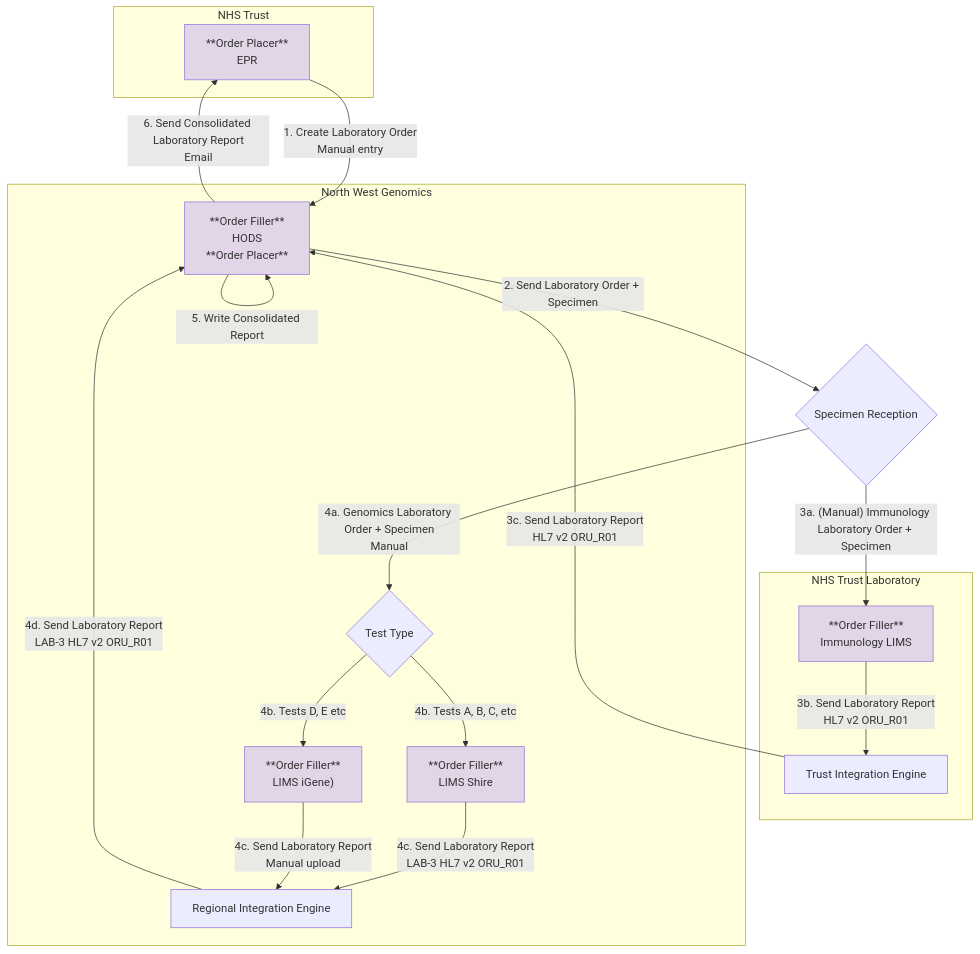
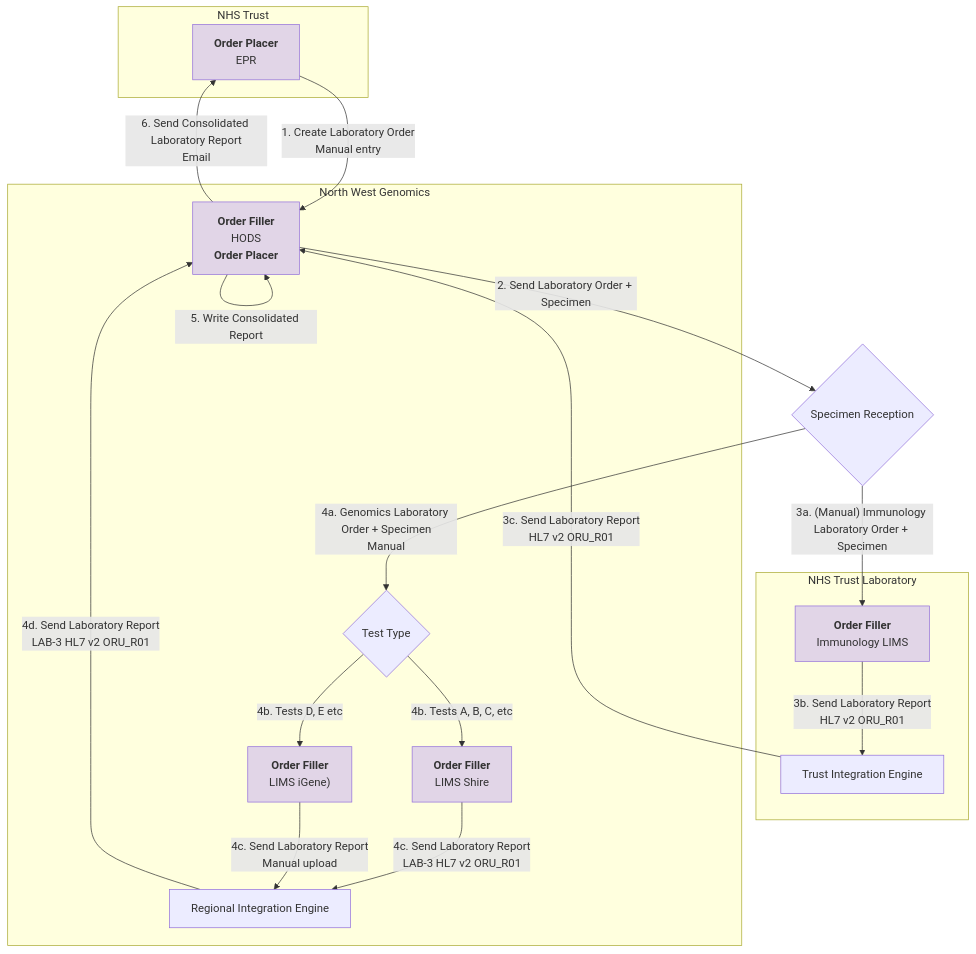
One commit to uk-gov-mirror/nw-gmsa.nw-gmsa.github.com changed the fourth of 6 diagrams in input/pagecontent/introduction.md. Above: the diagram before and after it, drawn with Mermaid. The commit also changed other lines of this file, not shown here.

Commit message:
Simplified Chimerism Diagram and

````diff
--- a/input/pagecontent/introduction.md
+++ b/input/pagecontent/introduction.md
@@ -124,35 +124,35 @@
 ```mermaid
 graph TD
 
     subgraph Trust[NHS Trust]
-        NHSTrust[**Order Placer**<br/>EPR]
+        NHSTrust[<b>Order Placer</b><br/>EPR]
     end 
     NHSTrust --> |"1. Create Laboratory Order<br/>Manual entry"| HODS
     HODS --> |"2. Send Laboratory Order + Specimen<br/>"| MFTReception{Specimen Reception}
-    MFTReception --> |"3a. (Manual) Immunology Laboratory Order + Specimen"| LIMS["**Order Filler**<br/>Immunology LIMS"]
+    MFTReception --> |"3a. (Manual) Immunology Laboratory Order + Specimen"| LIMS["<b>Order Filler</b><br/>Immunology LIMS"]
    
     subgraph Laboratory[NHS Trust Laboratory]
     
         LIMS --> |3b. Send Laboratory Report<br/>HL7 v2 ORU_R01| TIE[Trust Integration Engine]
         
     end 
     TIE --> |3c. Send Laboratory Report<br/>HL7 v2 ORU_R01| HODS
     MFTReception --> |"4a. Genomics Laboratory Order + Specimen<br/>Manual"| TestType
     subgraph NWGenomics[North West Genomics]
-        HODS["**Order Filler**<br/>HODS<br/>**Order Placer**"]
+        HODS["<b>Order Filler</b><br/>HODS<br/><b>Order Placer</b>"]
         TestType{Test Type} --> |4b. Tests A, B, C, etc| GLHS
         TestType{Test Type} --> |4b. Tests D, E etc| GLHI
-        GLHS["**Order Filler**<br/>LIMS Shire"]
+        GLHS["<b>Order Filler</b><br/>LIMS Shire"]
         GLHS --> |4c. Send Laboratory Report<br/>LAB-3 HL7 v2 ORU_R01| RIE 
-        GLHI["**Order Filler**<br/>LIMS iGene)"]
+        GLHI["<b>Order Filler</b><br/>LIMS iGene)"]
         GLHI --> |4c. Send Laboratory Report<br/>Manual upload| RIE 
         
     end
     RIE["Regional Integration Engine"] --> |4d. Send Laboratory Report<br/>LAB-3 HL7 v2 ORU_R01| HODS
     HODS --> |5. Write Consolidated Report| HODS
     HODS --> |"6. Send Consolidated Laboratory Report<br/>Email"| NHSTrust
 
     classDef purple fill:#E1D5E7;
 
     class NHSTrust,HODS,GLHS,GLHI,LIMS purple
 ```
````
